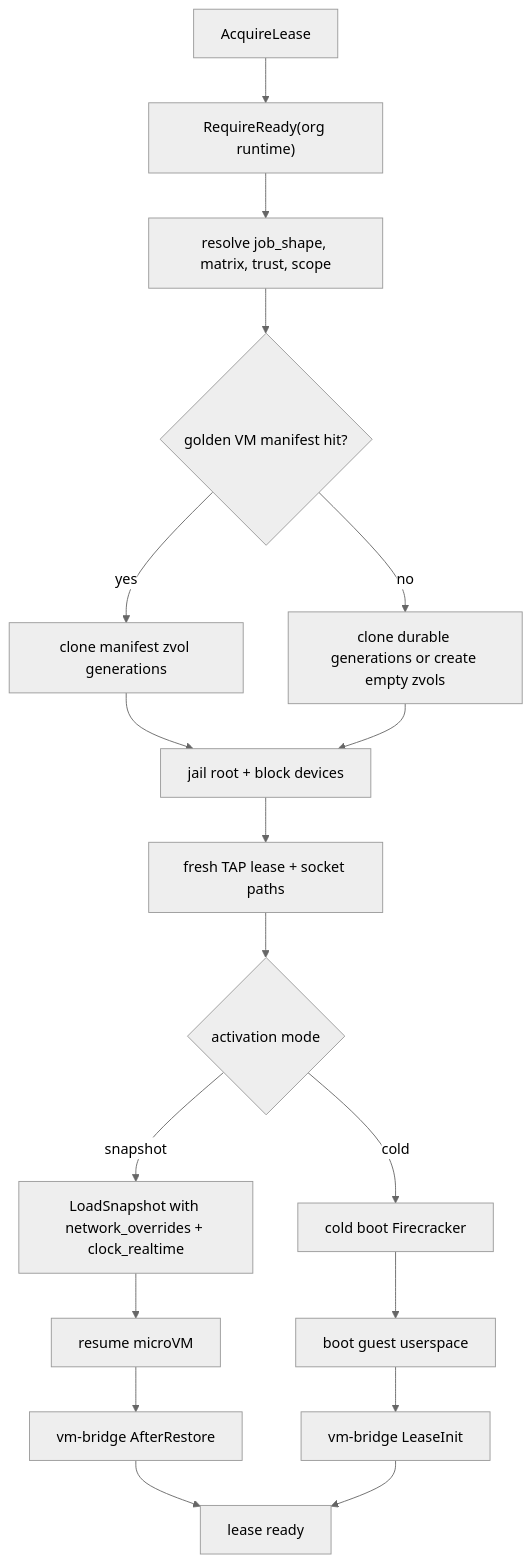
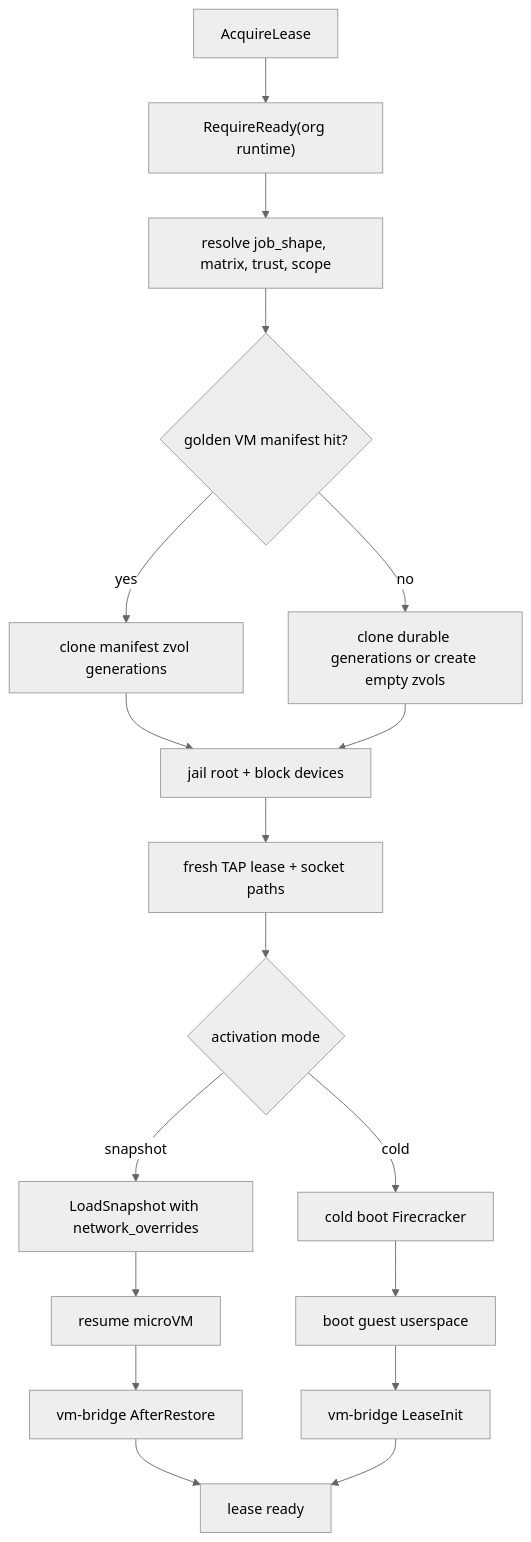
Before and after one commit to guardian-intelligence/verself: the second of 6 diagrams in src/substrate/vm-orchestrator/docs/firecracker-snapshot-lifecycle.md, drawn with Mermaid (neutral theme). The commit also changed other lines of this file and 3 other files, not shown here.

Commit message:
Match Firecracker snapshot load schema

````diff
--- a/src/substrate/vm-orchestrator/docs/firecracker-snapshot-lifecycle.md
+++ b/src/substrate/vm-orchestrator/docs/firecracker-snapshot-lifecycle.md
@@ -21,25 +21,25 @@
 ```mermaid
 flowchart TD
     acquire["AcquireLease"] --> require["RequireReady(org runtime)"]
     require --> shape["resolve job_shape, matrix, trust, scope"]
     shape --> manifest{"golden VM manifest hit?"}
 
     manifest -->|yes| zvols["clone manifest zvol generations"]
     manifest -->|no| coldzvols["clone durable generations or create empty zvols"]
 
     zvols --> jail["jail root + block devices"]
     coldzvols --> jail
     jail --> tap["fresh TAP lease + socket paths"]
     tap --> fc{"activation mode"}
 
-    fc -->|snapshot| load["LoadSnapshot with network_overrides + clock_realtime"]
+    fc -->|snapshot| load["LoadSnapshot with network_overrides"]
     fc -->|cold| boot["cold boot Firecracker"]
 
     load --> resume["resume microVM"]
     boot --> guest["boot guest userspace"]
     resume --> afterrestore["vm-bridge AfterRestore"]
     guest --> leaseinit["vm-bridge LeaseInit"]
 
     afterrestore --> ready["lease ready"]
     leaseinit --> ready
 ```
````
